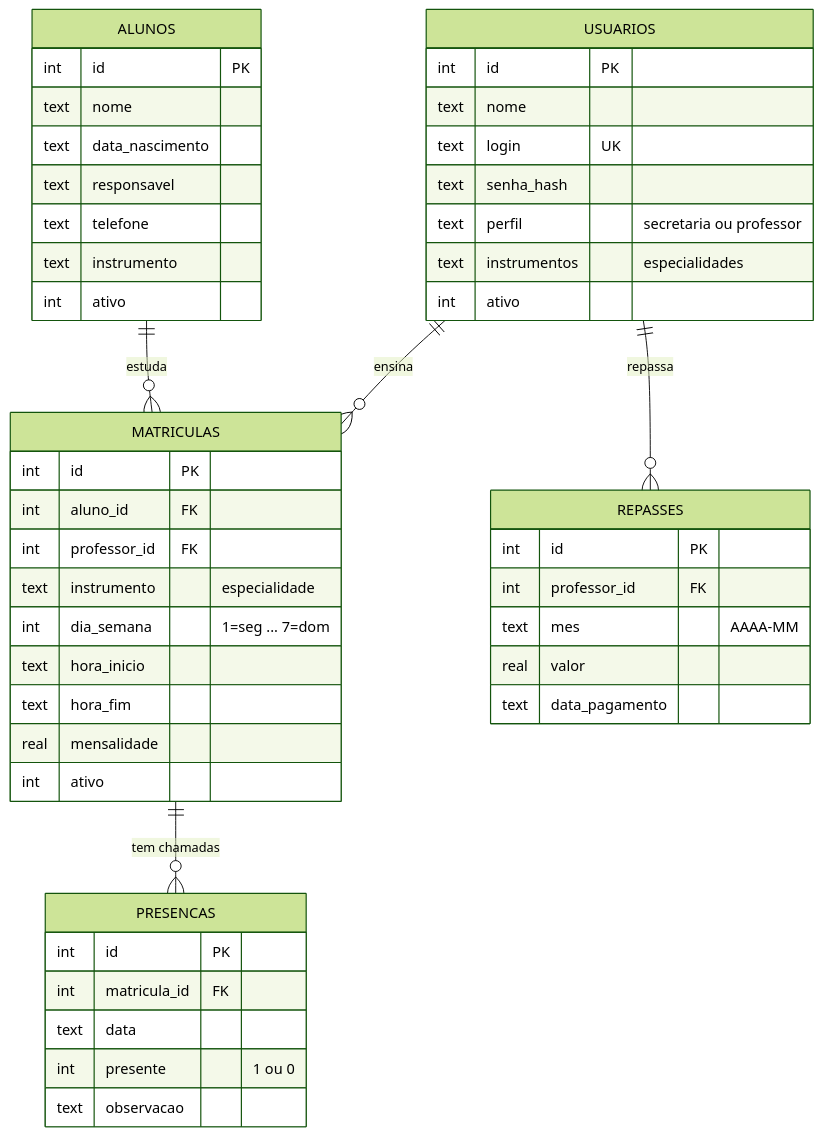
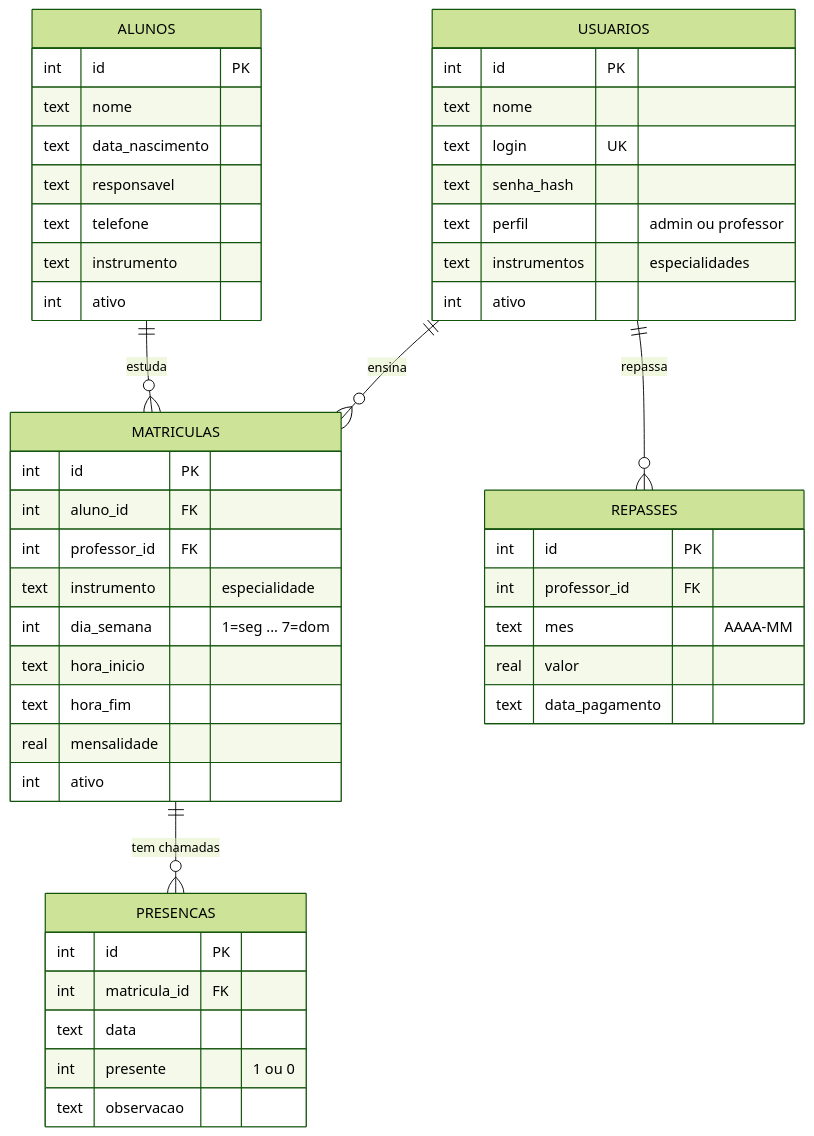
The diagram in docs/DOCUMENTACAO.md (Jldiass/EscolaPIBA), drawn with Mermaid (forest theme) before and after one commit. The commit also changed other lines of this file and 38 other files, not shown here.

````diff
--- a/docs/DOCUMENTACAO.md
+++ b/docs/DOCUMENTACAO.md
@@ -88,51 +92,51 @@
 ```mermaid
 erDiagram
     USUARIOS ||--o{ MATRICULAS : "ensina"
     ALUNOS   ||--o{ MATRICULAS : "estuda"
     MATRICULAS ||--o{ PRESENCAS : "tem chamadas"
     USUARIOS ||--o{ REPASSES : "repassa"
 
     USUARIOS {
         int id PK
         text nome
         text login UK
         text senha_hash
-        text perfil "secretaria ou professor"
+        text perfil "admin ou professor"
         text instrumentos "especialidades"
         int ativo
     }
     ALUNOS {
         int id PK
         text nome
         text data_nascimento
         text responsavel
         text telefone
         text instrumento
         int ativo
     }
     MATRICULAS {
         int id PK
         int aluno_id FK
         int professor_id FK
         text instrumento "especialidade"
         int dia_semana "1=seg ... 7=dom"
         text hora_inicio
         text hora_fim
         real mensalidade
         int ativo
     }
     PRESENCAS {
         int id PK
         int matricula_id FK
         text data
         int presente "1 ou 0"
         text observacao
     }
     REPASSES {
         int id PK
         int professor_id FK
         text mes "AAAA-MM"
         real valor
         text data_pagamento
     }
 ```
````
